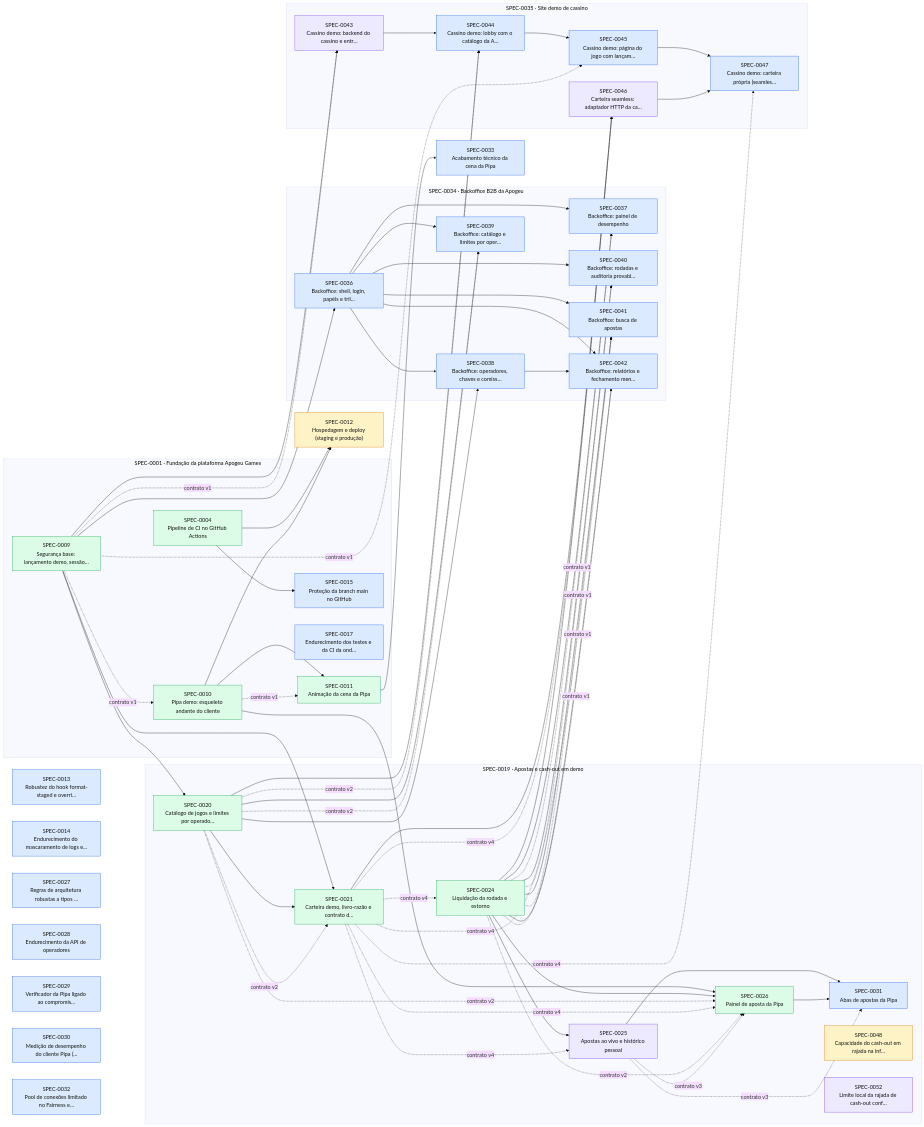
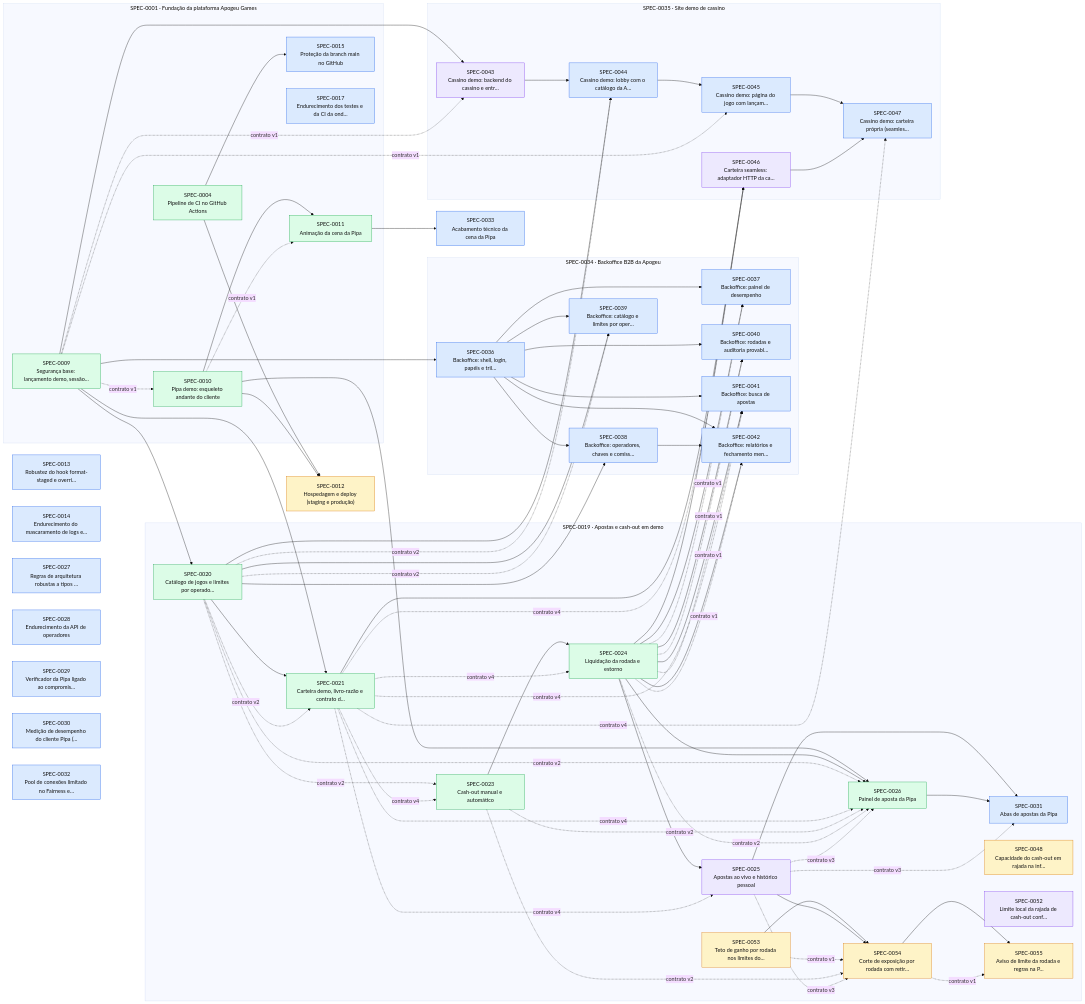
Before and after one commit to thomasravache/crash-games-provider: the diagram in docs/specs/INDEX.md, drawn with Mermaid (base theme). The commit also changed other lines of this file and 3 other files, not shown here.

First line of the commit message:
docs(sdd): SPEC-0053, 0054 e 0055 (limite de ganho por rodada)

```diff
--- a/docs/specs/INDEX.md
+++ b/docs/specs/INDEX.md
@@ -115,12 +118,16 @@
   subgraph E0019["SPEC-0019 · Apostas e cash-out em demo"]
     S0020["SPEC-0020<br/>Catálogo de jogos e limites por operado…"]:::implemented
     S0021["SPEC-0021<br/>Carteira demo, livro-razão e contrato d…"]:::implemented
+    S0023["SPEC-0023<br/>Cash-out manual e automático"]:::implemented
     S0024["SPEC-0024<br/>Liquidação da rodada e estorno"]:::implemented
     S0025["SPEC-0025<br/>Apostas ao vivo e histórico pessoal"]:::inprogress
     S0026["SPEC-0026<br/>Painel de aposta da Pipa"]:::implemented
     S0031["SPEC-0031<br/>Abas de apostas da Pipa"]:::approved
     S0048["SPEC-0048<br/>Capacidade do cash-out em rajada na inf…"]:::proposed
     S0052["SPEC-0052<br/>Limite local da rajada de cash-out conf…"]:::inprogress
+    S0053["SPEC-0053<br/>Teto de ganho por rodada nos limites do…"]:::proposed
+    S0054["SPEC-0054<br/>Corte de exposição por rodada com retir…"]:::proposed
+    S0055["SPEC-0055<br/>Aviso de limite da rodada e regras na P…"]:::proposed
   end
   subgraph E0034["SPEC-0034 · Backoffice B2B da Apogeu"]
     S0036["SPEC-0036<br/>Backoffice: shell, login, papéis e tril…"]:::approved
@@ -148,6 +155,9 @@
   S0009 --> S0021
   S0020 --> S0021
   S0020 -. contrato v2 .-> S0021
+  S0020 -. contrato v2 .-> S0023
+  S0021 -. contrato v4 .-> S0023
+  S0023 --> S0024
   S0021 -. contrato v4 .-> S0024
   S0024 --> S0025
   S0021 -. contrato v4 .-> S0025
@@ -155,6 +165,7 @@
   S0024 --> S0026
   S0020 -. contrato v2 .-> S0026
   S0021 -. contrato v4 .-> S0026
+  S0023 -. contrato v2 .-> S0026
   S0024 -. contrato v2 .-> S0026
   S0025 -. contrato v3 .-> S0026
   S0025 --> S0031
@@ -194,6 +205,13 @@
   S0045 --> S0047
   S0046 --> S0047
   S0021 -. contrato v4 .-> S0047
+  S0053 --> S0054
+  S0025 --> S0054
+  S0053 -. contrato v1 .-> S0054
+  S0023 -. contrato v2 .-> S0054
+  S0025 -. contrato v3 .-> S0054
+  S0054 --> S0055
+  S0054 -. contrato v1 .-> S0055
   classDef proposed fill:#fef3c7,stroke:#d97706,color:#111
   classDef approved fill:#dbeafe,stroke:#2563eb,color:#111
   classDef inprogress fill:#ede9fe,stroke:#7c3aed,color:#111
```
